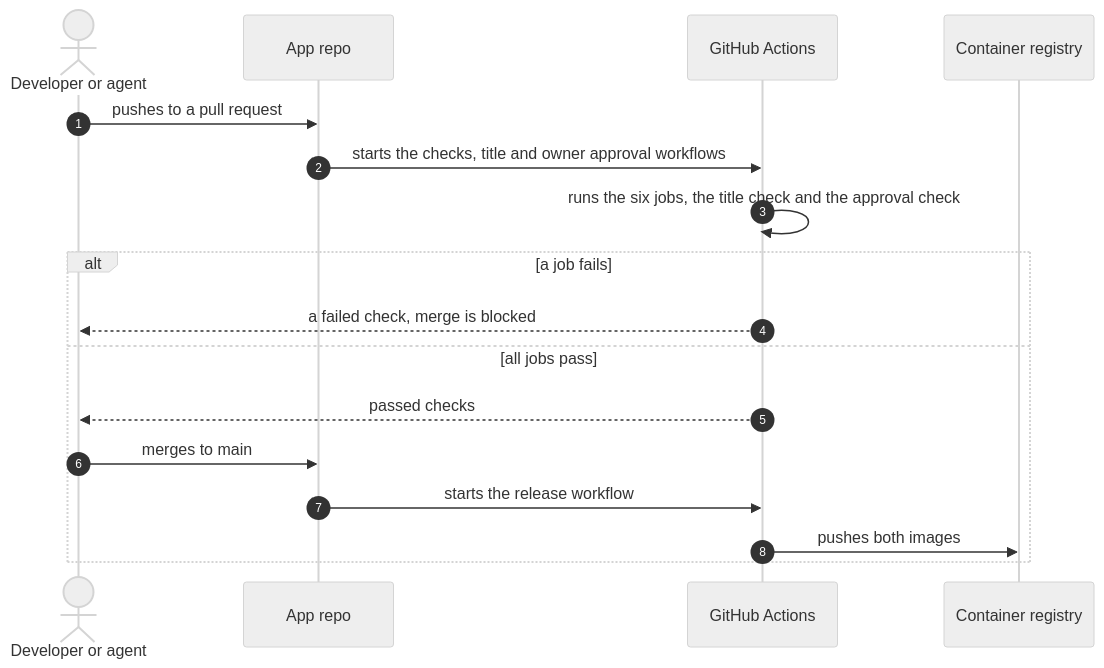
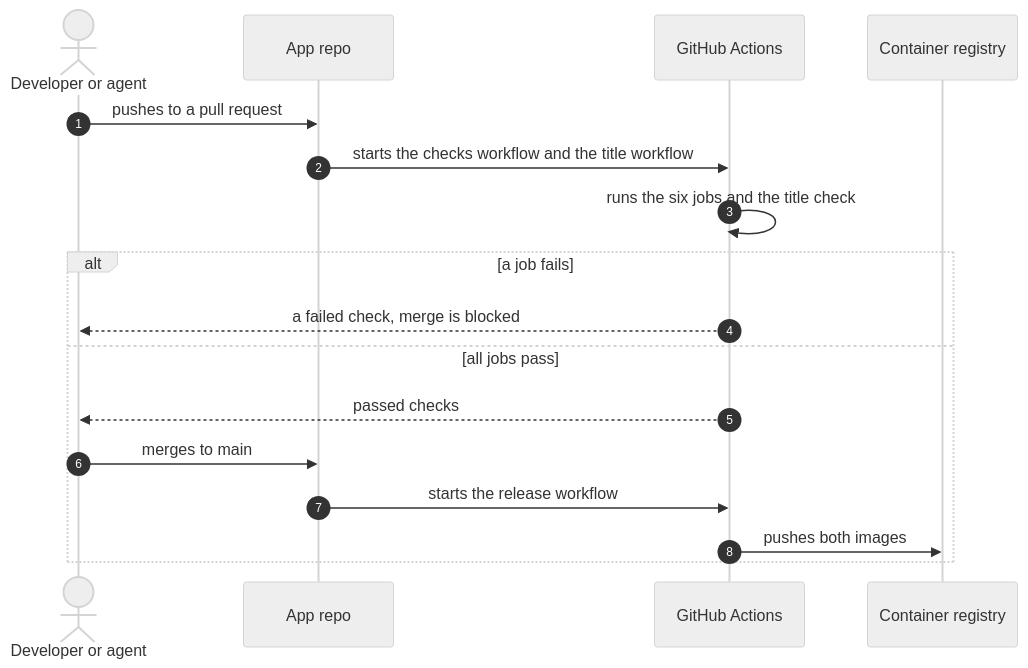
The diagram in docs/architecture/checks.md (lyeyixian/job-search-app), drawn with Mermaid (neutral theme) before and after one commit. The commit also changed other lines of this file and 2 other files, not shown here.

First line of the commit message:
docs: remove the owner approval check and its label

````diff
--- a/docs/architecture/checks.md
+++ b/docs/architecture/checks.md
@@ -9,20 +9,20 @@
 ```mermaid
 sequenceDiagram
     autonumber
     actor Dev as Developer or agent
     participant Repo as App repo
     participant CI as GitHub Actions
     participant Reg as Container registry
 
     Dev->>Repo: pushes to a pull request
-    Repo->>CI: starts the checks, title and owner approval workflows
-    CI->>CI: runs the six jobs, the title check and the approval check
+    Repo->>CI: starts the checks workflow and the title workflow
+    CI->>CI: runs the six jobs and the title check
     alt a job fails
         CI-->>Dev: a failed check, merge is blocked
     else all jobs pass
         CI-->>Dev: passed checks
         Dev->>Repo: merges to main
         Repo->>CI: starts the release workflow
         CI->>Reg: pushes both images
     end
 ```
````
